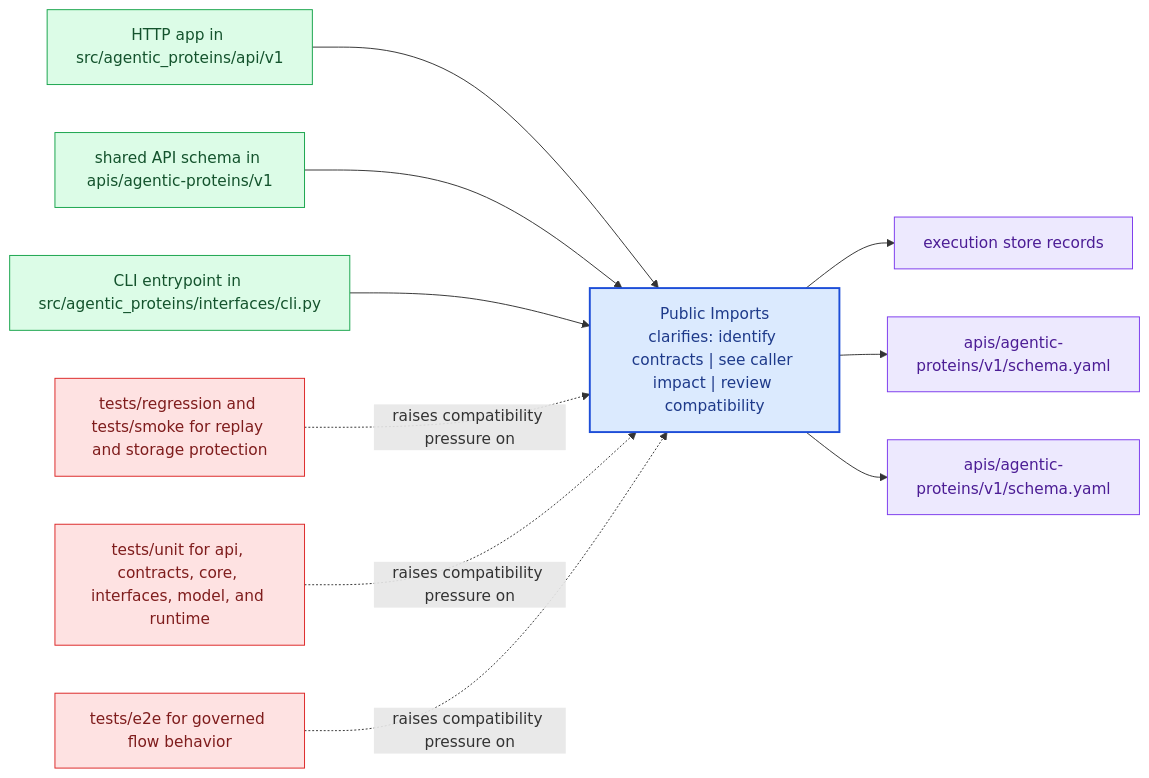
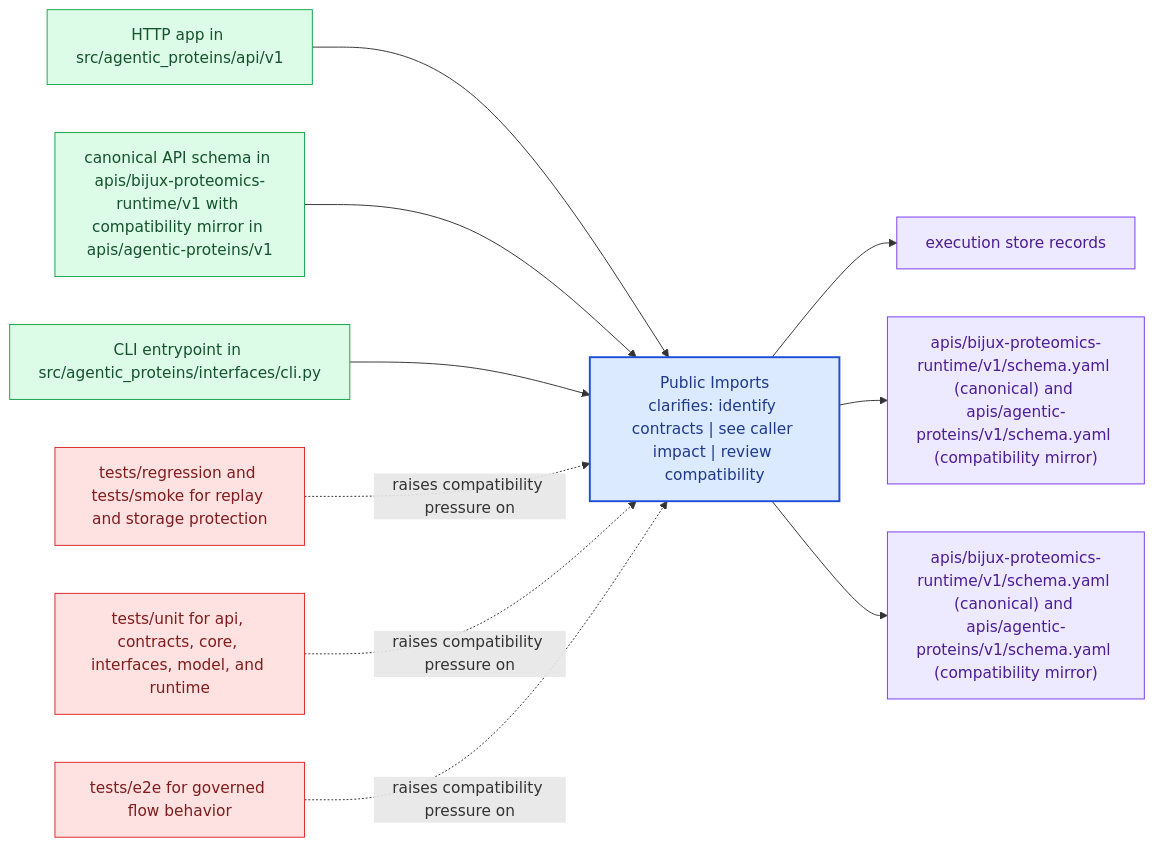
Before and after one commit to bijux/bijux-proteomics: the diagram in docs/02-agentic-proteins/interfaces/public-imports.md, drawn with Mermaid. The commit also changed other lines of this file and 9 other files, not shown here.

Commit message:
docs(compat-interfaces): point api contract references to canonical runtime root

````diff
--- a/docs/02-agentic-proteins/interfaces/public-imports.md
+++ b/docs/02-agentic-proteins/interfaces/public-imports.md
@@ -23,31 +23,31 @@
 ```mermaid
 flowchart LR
     page["Public Imports<br/>clarifies: identify contracts | see caller impact | review compatibility"]
     classDef page fill:#dbeafe,stroke:#1d4ed8,color:#1e3a8a,stroke-width:2px;
     classDef positive fill:#dcfce7,stroke:#16a34a,color:#14532d;
     classDef caution fill:#fee2e2,stroke:#dc2626,color:#7f1d1d;
     classDef anchor fill:#ede9fe,stroke:#7c3aed,color:#4c1d95;
     classDef action fill:#fef3c7,stroke:#d97706,color:#7c2d12;
     surface1["HTTP app in src/agentic_proteins/api/v1"]
     surface1 --> page
-    surface2["shared API schema in apis/agentic-proteins/v1"]
+    surface2["canonical API schema in apis/bijux-proteomics-runtime/v1 with compatibility mirror in apis/agentic-proteins/v1"]
     surface2 --> page
     surface3["CLI entrypoint in src/agentic_proteins/interfaces/cli.py"]
     surface3 --> page
     proof1["execution store records"]
     page --> proof1
-    proof2["apis/agentic-proteins/v1/schema.yaml"]
+    proof2["apis/bijux-proteomics-runtime/v1/schema.yaml (canonical) and apis/agentic-proteins/v1/schema.yaml (compatibility mirror)"]
     page --> proof2
-    proof3["apis/agentic-proteins/v1/schema.yaml"]
+    proof3["apis/bijux-proteomics-runtime/v1/schema.yaml (canonical) and apis/agentic-proteins/v1/schema.yaml (compatibility mirror)"]
     page --> proof3
     review1["tests/regression and tests/smoke for replay and storage protection"]
     review1 -.raises compatibility pressure on.-> page
     review2["tests/unit for api, contracts, core, interfaces, model, and runtime"]
     review2 -.raises compatibility pressure on.-> page
     review3["tests/e2e for governed flow behavior"]
     review3 -.raises compatibility pressure on.-> page
     class page page;
     class surface1,surface2,surface3 positive;
     class proof1,proof2,proof3 anchor;
     class review1,review2,review3 caution;
 ```
````
